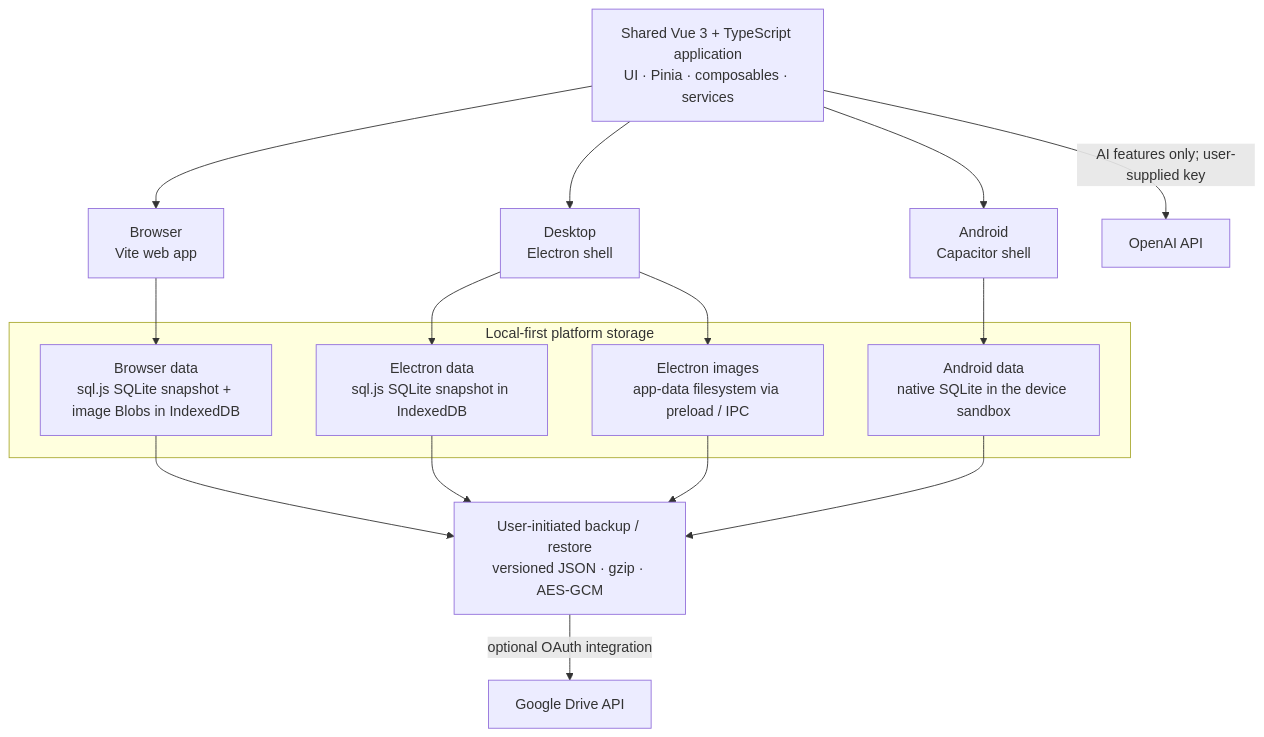
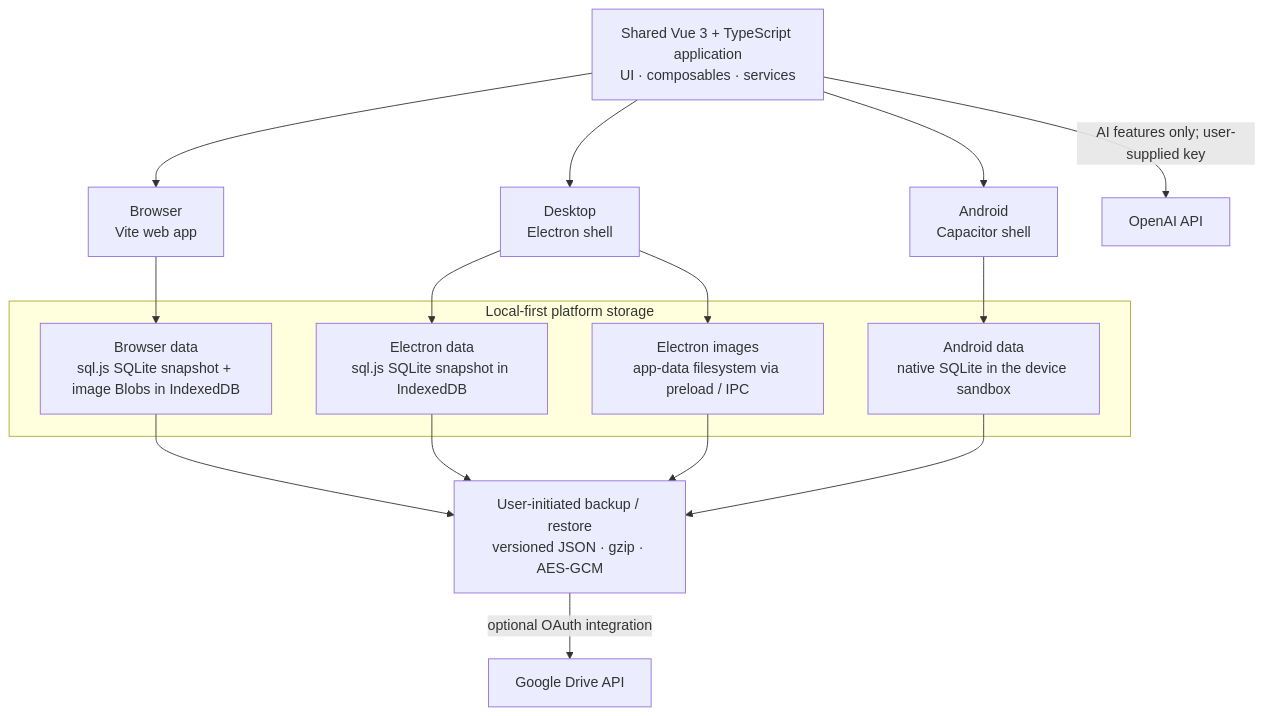
Before and after one commit to gennitdev/ai-beta-reader-frontend: the diagram in README.md, drawn with Mermaid. The commit also changed other lines of this file and 14 other files, not shown here.

````diff
--- a/README.md
+++ b/README.md
@@ -28,28 +28,28 @@
 ```mermaid
 flowchart TB
-  app["Shared Vue 3 + TypeScript application<br/>UI · Pinia · composables · services"]
+  app["Shared Vue 3 + TypeScript application<br/>UI · composables · services"]
 
   app --> web["Browser<br/>Vite web app"]
   app --> electron["Desktop<br/>Electron shell"]
   app --> android["Android<br/>Capacitor shell"]
 
   subgraph local["Local-first platform storage"]
     webDb["Browser data<br/>sql.js SQLite snapshot + image Blobs in IndexedDB"]
     electronDb["Electron data<br/>sql.js SQLite snapshot in IndexedDB"]
     electronImages["Electron images<br/>app-data filesystem via preload / IPC"]
     androidDb["Android data<br/>native SQLite in the device sandbox"]
   end
 
   web --> webDb
   electron --> electronDb
   electron --> electronImages
   android --> androidDb
 
   app -->|"AI features only; user-supplied key"| openai["OpenAI API"]
 
   webDb --> backup["User-initiated backup / restore<br/>versioned JSON · gzip · AES-GCM"]
   electronDb --> backup
   electronImages --> backup
   androidDb --> backup
   backup -->|"optional OAuth integration"| drive["Google Drive API"]
 ```
````
